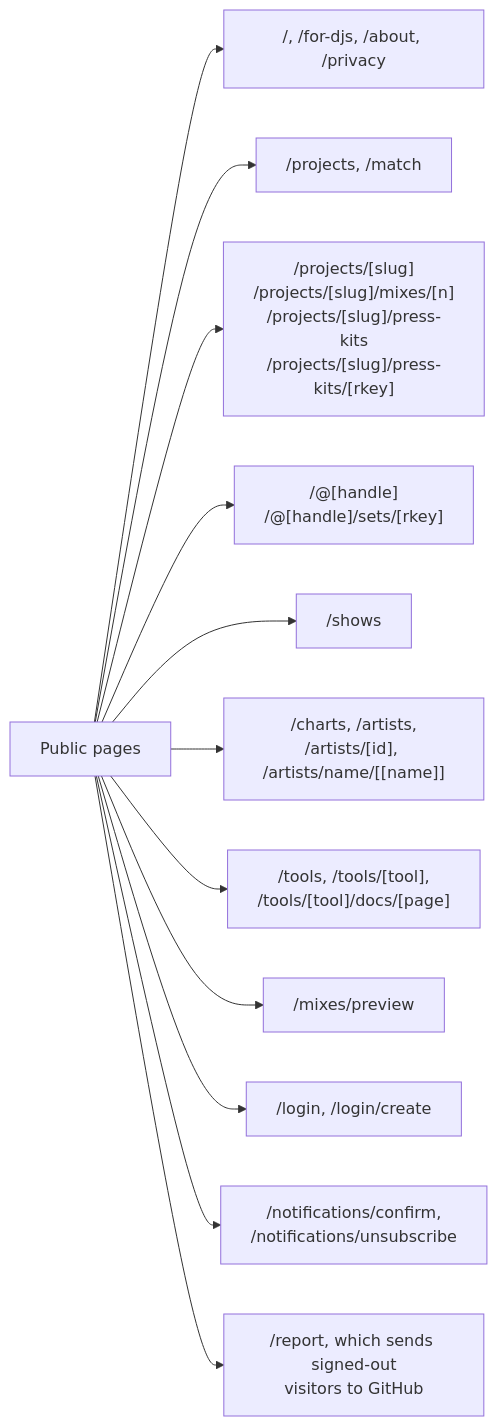
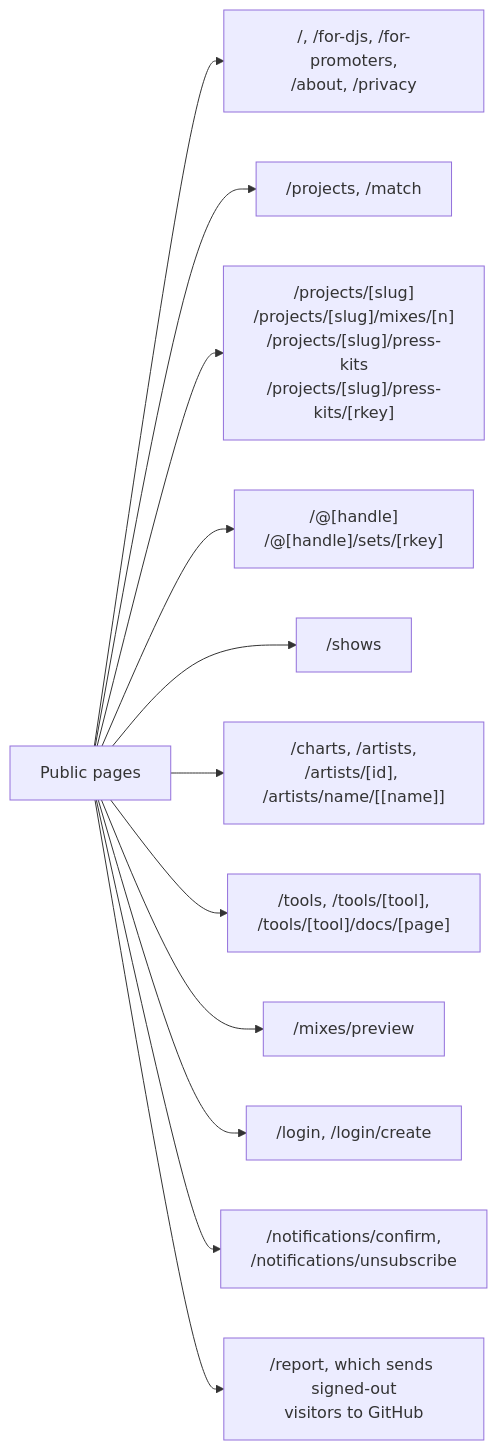
One commit to cutenode/localnetwork changed the seventh of 11 diagrams in apps/web/docs/diagrams/requests-and-routes.md. Above: the diagram before and after it, drawn with Mermaid. The commit also changed 19 other files, not shown here.

````diff
--- a/apps/web/docs/diagrams/requests-and-routes.md
+++ b/apps/web/docs/diagrams/requests-and-routes.md
@@ -149,15 +149,15 @@
 ```mermaid
 flowchart LR
   Public["Public pages"]
-  Public --> Home["/, /for-djs, /about, /privacy"]
+  Public --> Home["/, /for-djs, /for-promoters,<br/>/about, /privacy"]
   Public --> Find["/projects, /match"]
   Public --> Performer["/projects/[slug]<br/>/projects/[slug]/mixes/[n]<br/>/projects/[slug]/press-kits<br/>/projects/[slug]/press-kits/[rkey]"]
   Public --> Profile["/@[handle]<br/>/@[handle]/sets/[rkey]"]
   Public --> Shows["/shows"]
   Public --> Music["/charts, /artists,<br/>/artists/[id], /artists/name/[[name]]"]
   Public --> Tools["/tools, /tools/[tool],<br/>/tools/[tool]/docs/[page]"]
   Public --> Preview["/mixes/preview"]
   Public --> Signin["/login, /login/create"]
   Public --> Mail["/notifications/confirm,<br/>/notifications/unsubscribe"]
   Public --> Report["/report, which sends signed-out<br/>visitors to GitHub"]
 ```
````
